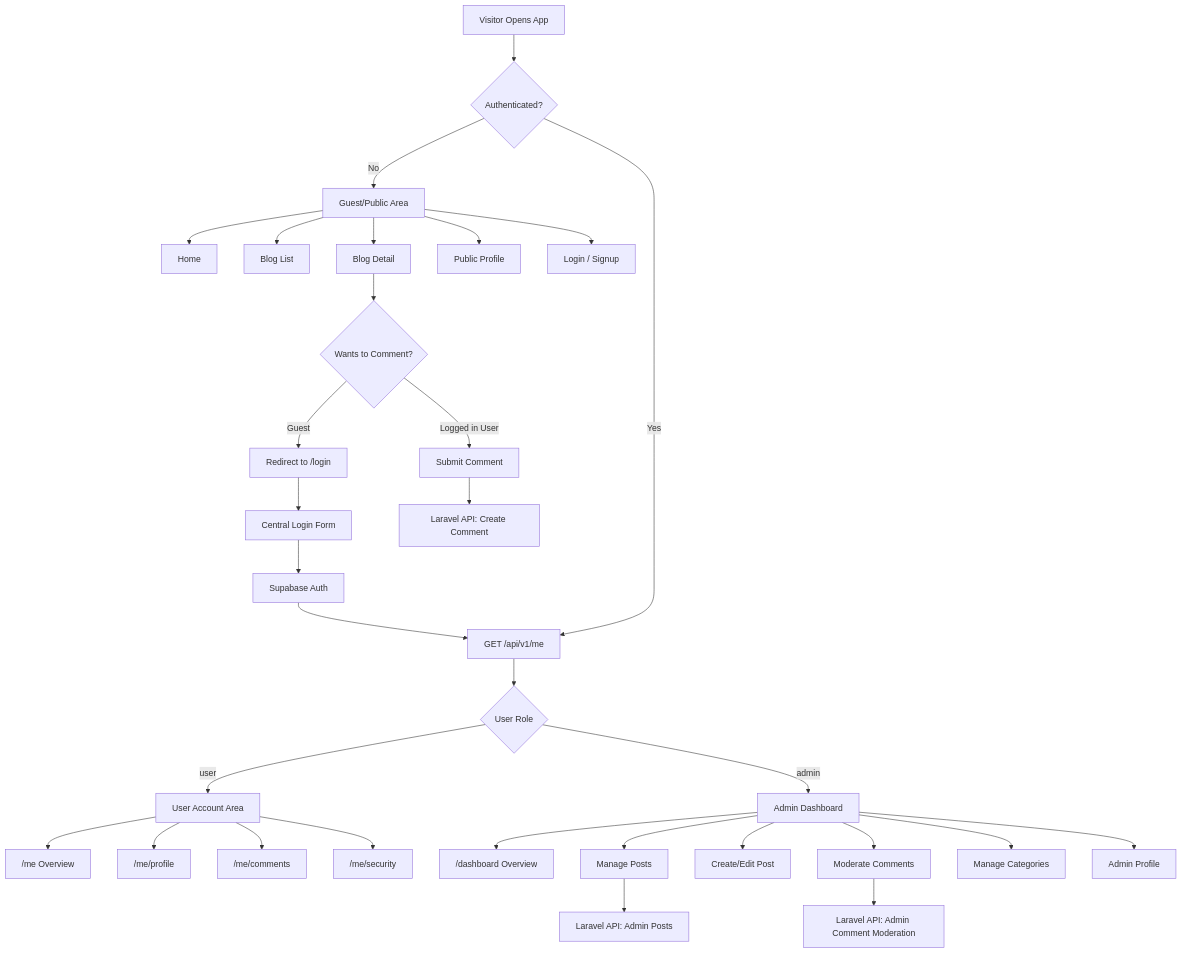
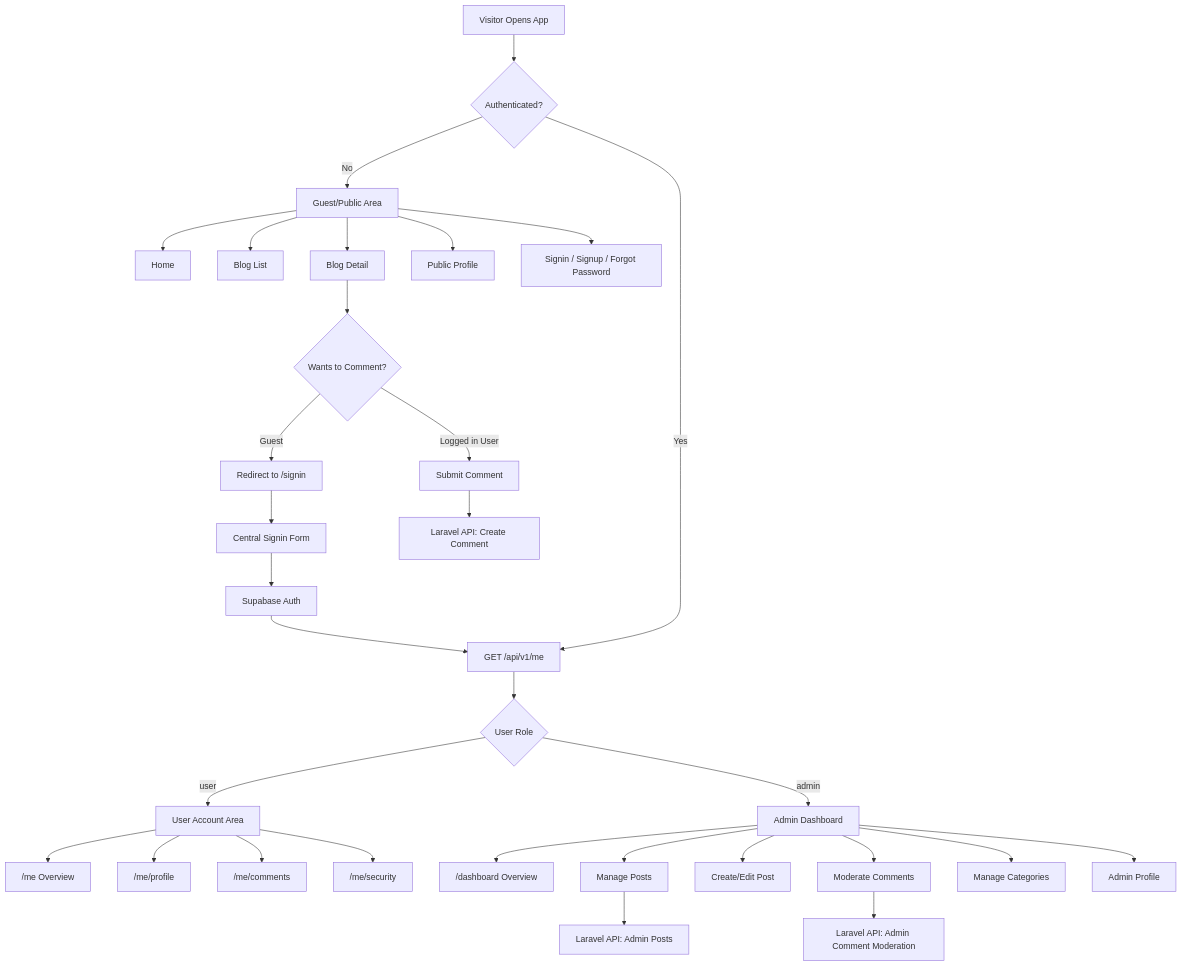
One commit to jymarkb/symfonyBlog changed the diagram in docs/architecture/auth-authorization.md. Above: the diagram before and after it, drawn with Mermaid. The commit also changed other lines of this file and 1 other file, not shown here.

````diff
--- a/docs/architecture/auth-authorization.md
+++ b/docs/architecture/auth-authorization.md
@@ -145,42 +147,42 @@
 ```mermaid
 flowchart TD
   A["Visitor Opens App"] --> B{"Authenticated?"}
 
   B -->|No| C["Guest/Public Area"]
   B -->|Yes| D["GET /api/v1/me"]
 
   D --> E{"User Role"}
 
   E -->|user| F["User Account Area"]
   E -->|admin| G["Admin Dashboard"]
 
   C --> C1["Home"]
   C --> C2["Blog List"]
   C --> C3["Blog Detail"]
   C --> C4["Public Profile"]
-  C --> C5["Login / Signup"]
+  C --> C5["Signin / Signup / Forgot Password"]
 
   C3 --> H{"Wants to Comment?"}
-  H -->|Guest| I["Redirect to /login"]
+  H -->|Guest| I["Redirect to /signin"]
   H -->|Logged in User| J["Submit Comment"]
 
-  I --> K["Central Login Form"]
+  I --> K["Central Signin Form"]
   K --> L["Supabase Auth"]
   L --> D
 
   F --> F1["/me Overview"]
   F --> F2["/me/profile"]
   F --> F3["/me/comments"]
   F --> F4["/me/security"]
 
   G --> G1["/dashboard Overview"]
   G --> G2["Manage Posts"]
   G --> G3["Create/Edit Post"]
   G --> G4["Moderate Comments"]
   G --> G5["Manage Categories"]
   G --> G6["Admin Profile"]
 
   J --> M["Laravel API: Create Comment"]
   G2 --> N["Laravel API: Admin Posts"]
   G4 --> O["Laravel API: Admin Comment Moderation"]
 ```
````
